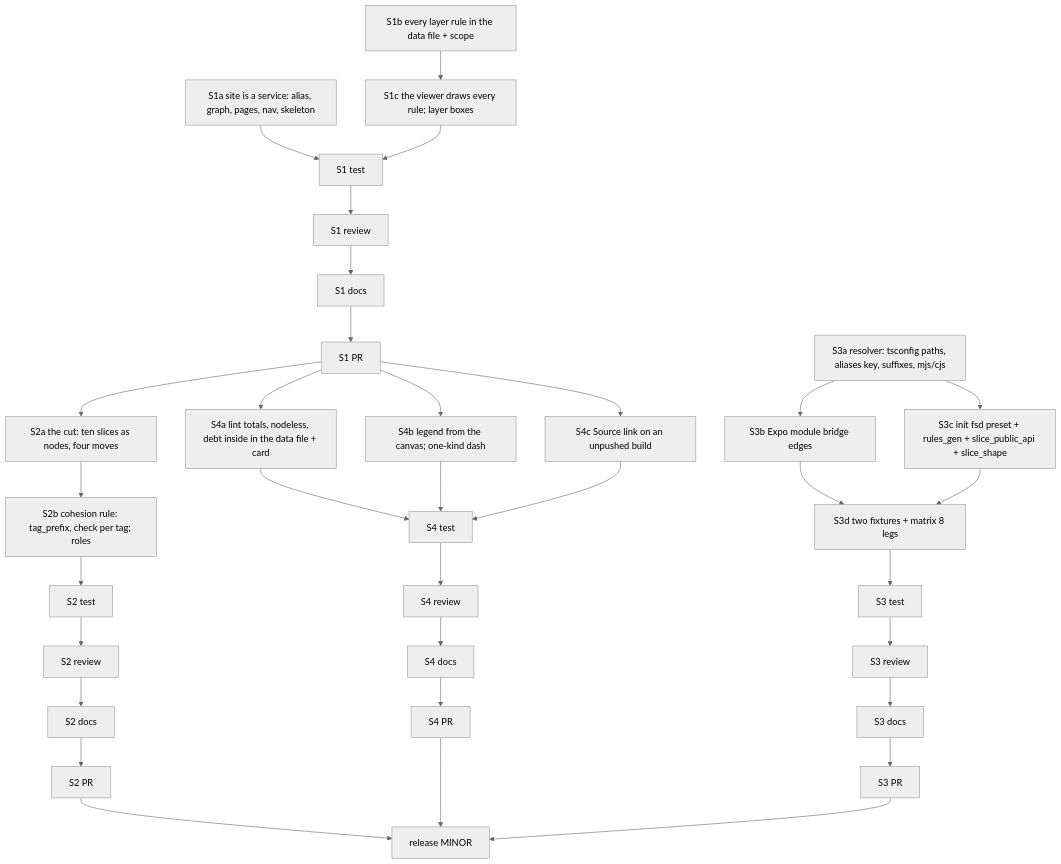
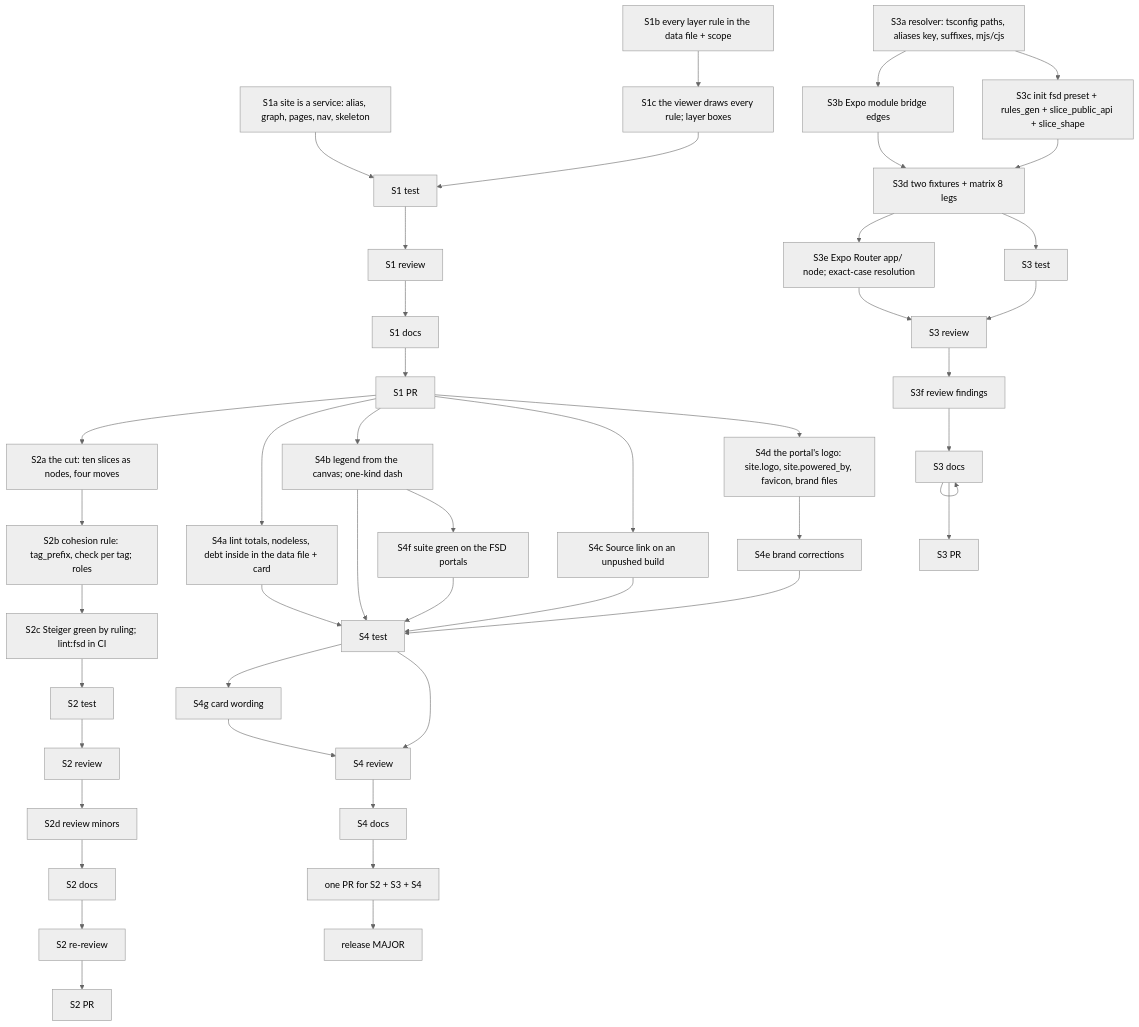
Before and after one commit to zoologov/beadloom: the diagram in .claude/development/docs/features/BDL-080/PLAN.md, drawn with Mermaid (neutral theme). The commit also changed other lines of this file and 525 other files, not shown here.

First line of the commit message:
[BDL-080] S2 + S3 + S4: the viewer cut by cohesion, init for Feature-Sliced frontends, every population named, the portal's brand (#98)

````diff
--- a/.claude/development/docs/features/BDL-080/PLAN.md
+++ b/.claude/development/docs/features/BDL-080/PLAN.md
@@ -16,25 +16,34 @@
 ```mermaid
 graph TD
     S1a[S1a site is a service: alias, graph, pages, nav, skeleton] --> S1T[S1 test]
     S1b[S1b every layer rule in the data file + scope] --> S1c[S1c the viewer draws every rule; layer boxes]
     S1c --> S1T
     S1T --> S1R[S1 review] --> S1W[S1 docs] --> S1P[S1 PR]
     S1P --> S2a[S2a the cut: ten slices as nodes, four moves]
     S2a --> S2b[S2b cohesion rule: tag_prefix, check per tag; roles]
-    S2b --> S2T[S2 test] --> S2R[S2 review] --> S2W[S2 docs] --> S2P[S2 PR]
+    S2b --> S2c[S2c Steiger green by ruling; lint:fsd in CI]
+    S2c --> S2T[S2 test] --> S2R[S2 review] --> S2d[S2d review minors] --> S2W[S2 docs] --> S2R2[S2 re-review] --> S2P[S2 PR]
     S3a[S3a resolver: tsconfig paths, aliases key, suffixes, mjs/cjs] --> S3b[S3b Expo module bridge edges]
     S3a --> S3c[S3c init fsd preset + rules_gen + slice_public_api + slice_shape]
     S3c --> S3d[S3d two fixtures + matrix 8 legs]
     S3b --> S3d
-    S3d --> S3T[S3 test] --> S3R[S3 review] --> S3W[S3 docs] --> S3P[S3 PR]
+    S3d --> S3e[S3e Expo Router app/ node; exact-case resolution]
+    S3d --> S3T[S3 test]
+    S3e --> S3R[S3 review]
+    S3T --> S3R
+    S3R --> S3f[S3f review findings] --> S3W --> S3W[S3 docs] --> S3P[S3 PR]
     S1P --> S4a[S4a lint totals, nodeless, debt inside in the data file + card]
     S1P --> S4b[S4b legend from the canvas; one-kind dash]
     S1P --> S4c[S4c Source link on an unpushed build]
+    S1P --> S4d[S4d the portal's logo: site.logo, site.powered_by, favicon, brand files]
     S4a --> S4T[S4 test]
     S4b --> S4T
     S4c --> S4T
+    S4d --> S4e[S4e brand corrections]
+    S4e --> S4T
+    S4b --> S4f[S4f suite green on the FSD portals]
+    S4f --> S4T
+    S4T --> S4g[S4g card wording] --> S4R
     S4T --> S4R[S4 review] --> S4W[S4 docs] --> S4P[S4 PR]
-    S2P --> REL[release MINOR]
-    S3P --> REL
-    S4P --> REL
+    S4P[one PR for S2 + S3 + S4] --> REL[release MAJOR]
 ```
````
